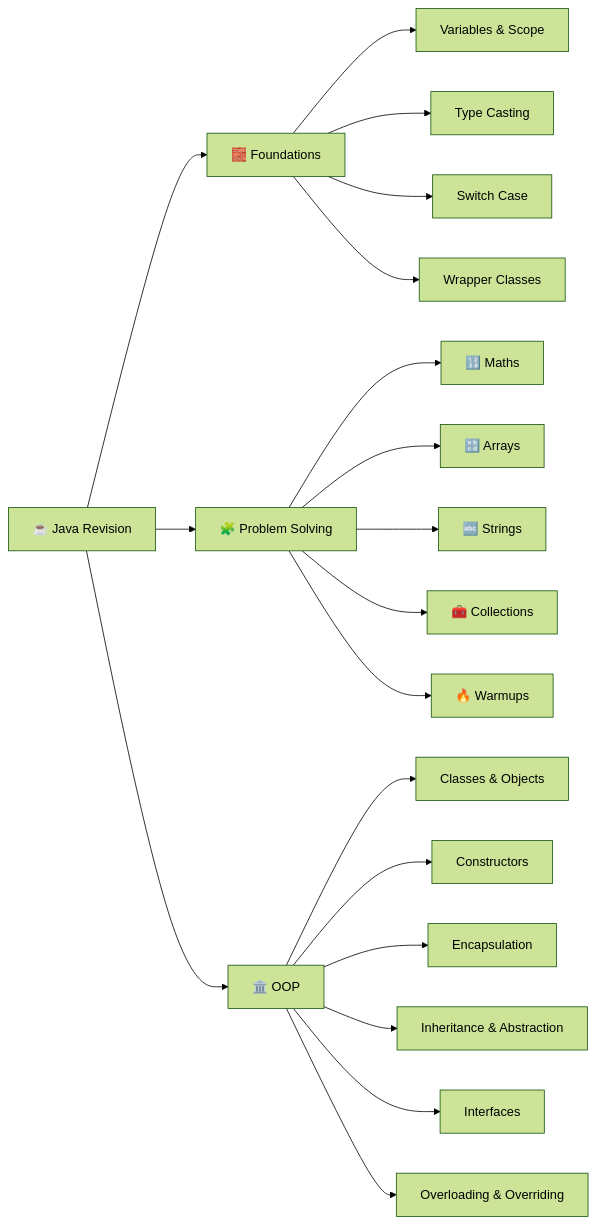
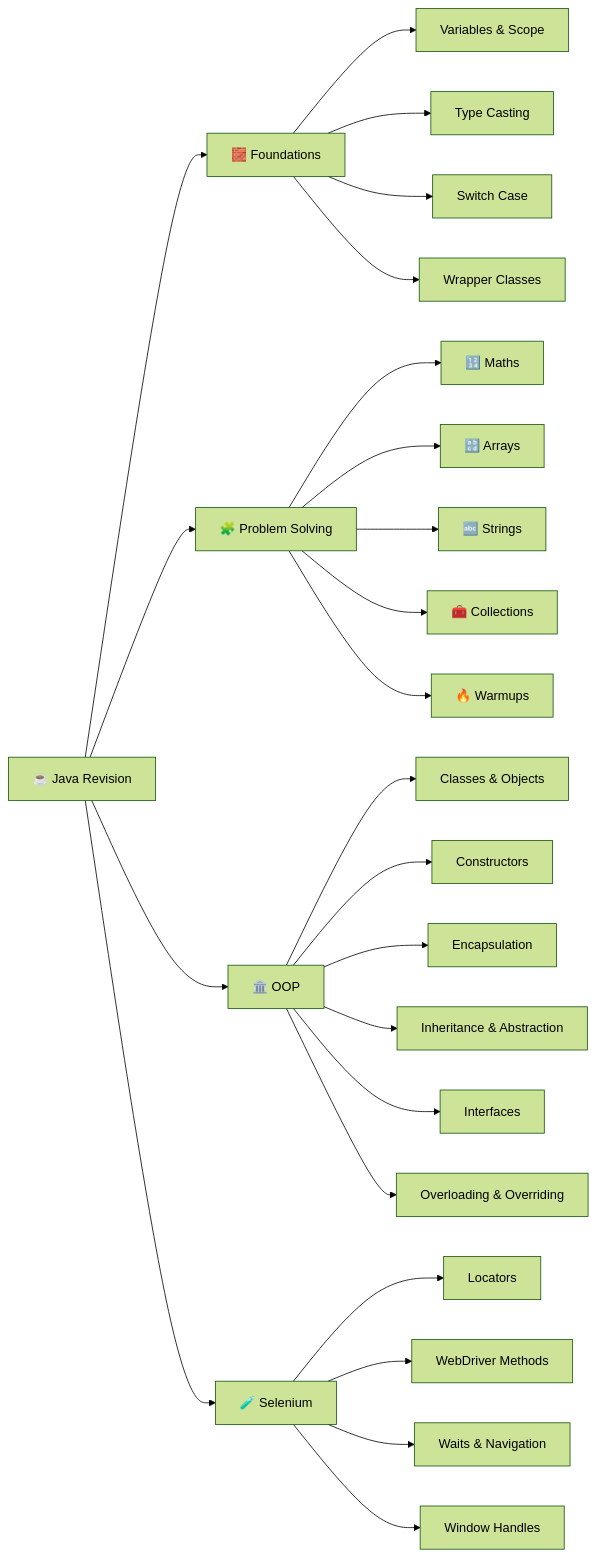
One commit to Sameer-Programmer/2026_Sep_Java_Rivision changed the diagram in Sep_2026_Practice/README.md. Above: the diagram before and after it, drawn with Mermaid (forest theme). The commit also changed other lines of this file, not shown here.

Commit message:
docs: update README for latest Java and Selenium practice

````diff
--- a/Sep_2026_Practice/README.md
+++ b/Sep_2026_Practice/README.md
@@ -36,24 +36,30 @@
 ```mermaid
 flowchart LR
     A[☕ Java Revision] --> B[🧱 Foundations]
     A --> C[🧩 Problem Solving]
     A --> D[🏛️ OOP]
+    A --> E[🧪 Selenium]
 
     B --> B1[Variables & Scope]
     B --> B2[Type Casting]
     B --> B3[Switch Case]
     B --> B4[Wrapper Classes]
 
     C --> C1[🔢 Maths]
     C --> C2[🔡 Arrays]
     C --> C3[🔤 Strings]
     C --> C4[🧰 Collections]
     C --> C5[🔥 Warmups]
 
     D --> D1[Classes & Objects]
     D --> D2[Constructors]
     D --> D3[Encapsulation]
     D --> D4[Inheritance & Abstraction]
     D --> D5[Interfaces]
     D --> D6[Overloading & Overriding]
+
+    E --> E1[Locators]
+    E --> E2[WebDriver Methods]
+    E --> E3[Waits & Navigation]
+    E --> E4[Window Handles]
 ```
````
